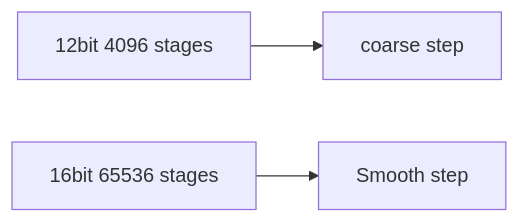
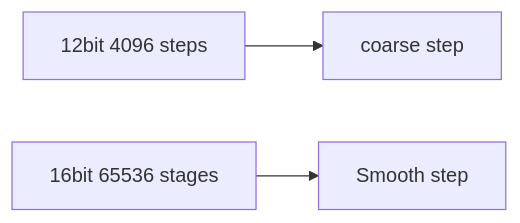
One commit to monumental-movement/monumental-movement.github.io changed diagram 15 of 21 in en/_posts/2025-11-20-column-akai-mpc-60-emu-sp1200.md. Above: the diagram before and after it, drawn with Mermaid. The commit also changed other lines of this file and 296 other files, not shown here.

```diff
--- a/en/_posts/2025-11-20-column-akai-mpc-60-emu-sp1200.md
+++ b/en/_posts/2025-11-20-column-akai-mpc-60-emu-sp1200.md
@@ -420,7 +420,7 @@
 <div class="mermaid">
     
 graph LR
-    A["12bit 4096 stages"] --> C["coarse step"]
+    A["12bit 4096 steps"] --> C["coarse step"]
     B["16bit 65536 stages"] --> D["Smooth step"]
 
 </div> 
```
